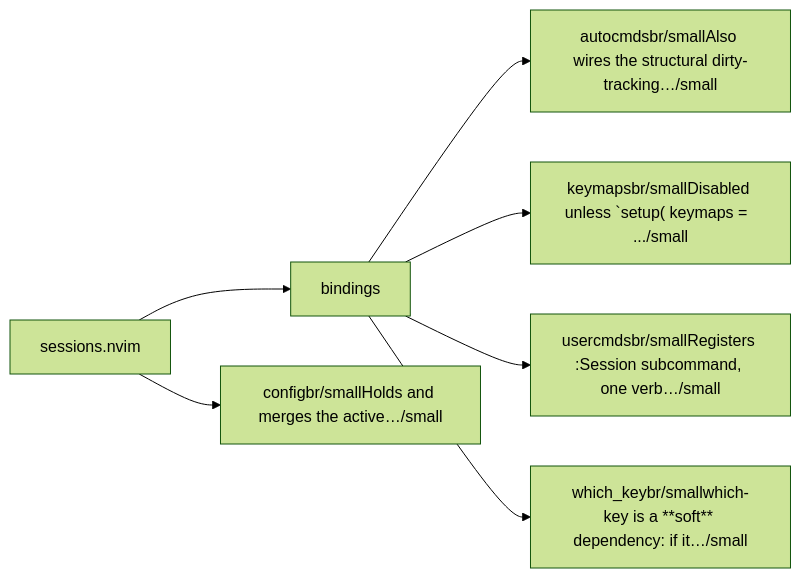
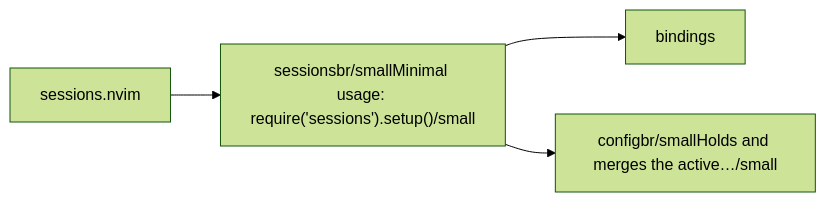
One commit to StefanBartl/sessions.nvim changed the first of 2 diagrams in docs/map/overview.md. Above: the diagram before and after it, drawn with Mermaid (forest theme). The commit also changed other lines of this file and 2 other files, not shown here.

````diff
--- a/docs/map/overview.md
+++ b/docs/map/overview.md
@@ -14,16 +14,10 @@
 ```mermaid
 flowchart LR
-  nlua_sessions["sessions.nvim"]
+  nlua["sessions.nvim"]
+  nlua_sessions["sessionsbr/smallMinimal usage: require('sessions').setup()/small"]
   nlua_sessions_bindings["bindings"]
-  nlua_sessions_bindings_autocmds["autocmdsbr/smallAlso wires the structural dirty-tracking…/small"]
-  nlua_sessions_bindings_keymaps["keymapsbr/smallDisabled unless `setup( keymaps =  .../small"]
-  nlua_sessions_bindings_usercmds["usercmdsbr/smallRegisters :Session subcommand, one verb…/small"]
-  nlua_sessions_bindings_which_key["which_keybr/smallwhich-key is a **soft** dependency: if it…/small"]
   nlua_sessions_config["configbr/smallHolds and merges the active…/small"]
+  nlua --> nlua_sessions
   nlua_sessions --> nlua_sessions_bindings
-  nlua_sessions_bindings --> nlua_sessions_bindings_autocmds
-  nlua_sessions_bindings --> nlua_sessions_bindings_keymaps
-  nlua_sessions_bindings --> nlua_sessions_bindings_usercmds
-  nlua_sessions_bindings --> nlua_sessions_bindings_which_key
   nlua_sessions --> nlua_sessions_config
 ```
````
